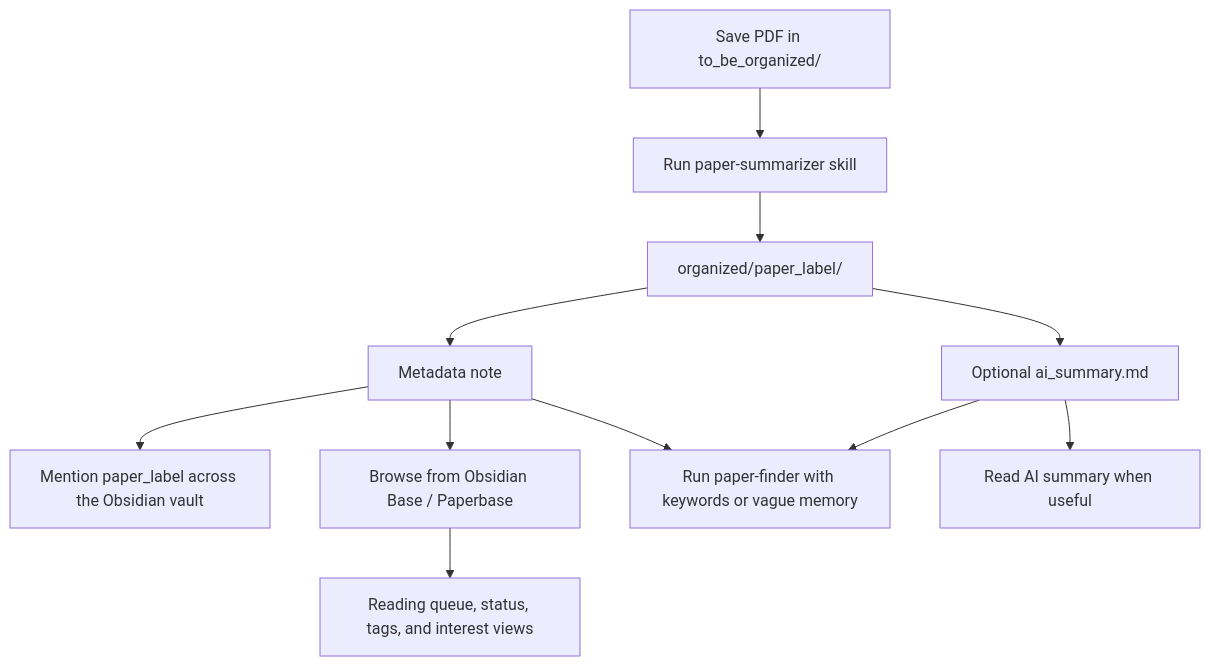
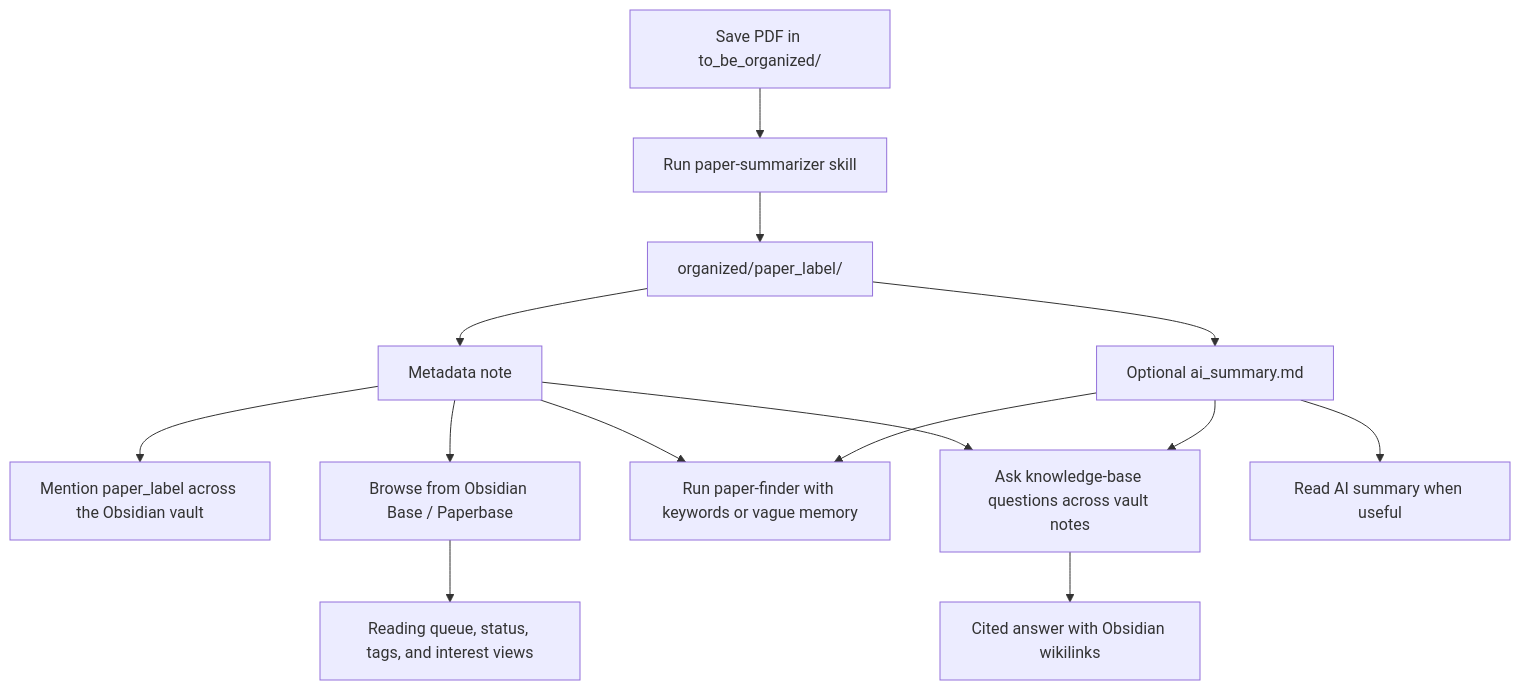
The diagram in README.md (howieeeeeeeeee/paper-management-system), drawn with Mermaid before and after one commit. The commit also changed other lines of this file and 13 other files, not shown here.

First line of the commit message:
feat(skills): add ask-knowledge-base vault search

````diff
--- a/README.md
+++ b/README.md
@@ -11,13 +12,16 @@
 ```mermaid
 flowchart TD
     A[Save PDF in to_be_organized/] --> B[Run paper-summarizer skill]
     B --> C[organized/paper_label/]
     C --> D[Metadata note]
     C --> E[Optional ai_summary.md]
     D --> F[Mention paper_label across the Obsidian vault]
     D --> H[Browse from Obsidian Base / Paperbase]
     H --> I[Reading queue, status, tags, and interest views]
     D --> J[Run paper-finder with keywords or vague memory]
     E --> J
-	 E --> G[Read AI summary when useful]
+    D --> K[Ask knowledge-base questions across vault notes]
+    E --> K
+    K --> L[Cited answer with Obsidian wikilinks]
+    E --> G[Read AI summary when useful]
 ```
````
